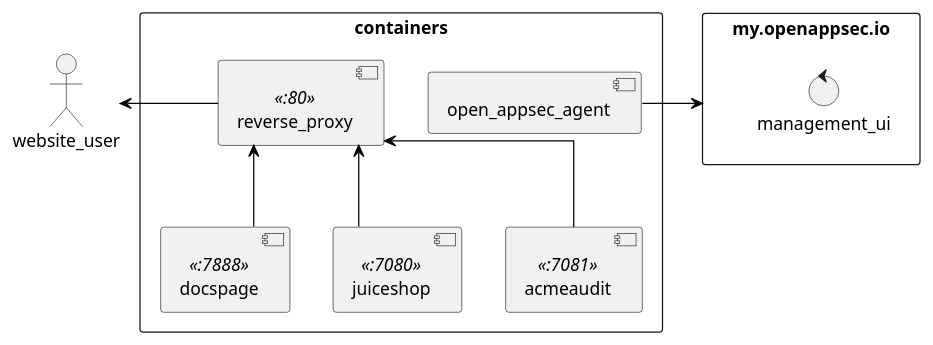
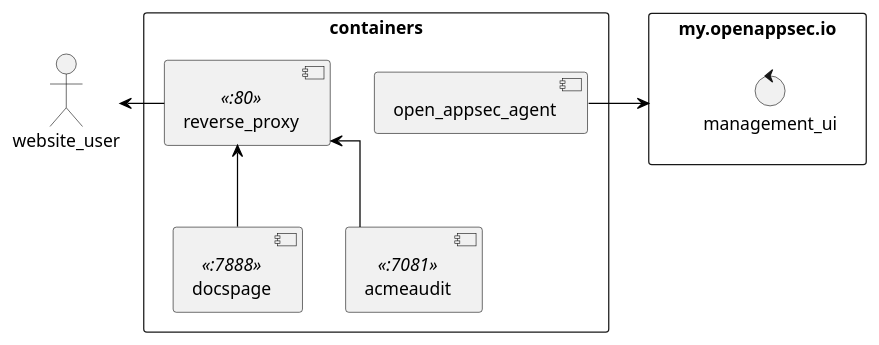
Before and after one commit to sebastian-sommerfeld-io/open-appsec-poc: the diagram in docs/modules/ROOT/assets/images/bash-docs/whitebox.puml, drawn with PlantUML. The commit also changed 6 other files, not shown here.

```diff
--- a/docs/modules/ROOT/assets/images/bash-docs/whitebox.puml
+++ b/docs/modules/ROOT/assets/images/bash-docs/whitebox.puml
@@ -1,38 +1,38 @@
 @startuml openappsec
 
 skinparam linetype ortho
 skinparam monochrome false
 skinparam componentStyle uml2
 skinparam backgroundColor #fff
 skinparam ArrowColor black
 skinparam NoteBorderColor Grey
 skinparam NoteBackgroundColor #fdfdfd
 skinparam defaultTextAlignment center
 skinparam activity {
 FontName Ubuntu
 }
 
 rectangle containers {
   component reverse_proxy <<:80>>
   component docspage <<:7888>>
-  component juiceshop <<:7080>>
+'  component juiceshop <<:7080>>
   component acmeaudit <<:7081>>
 
   component open_appsec_agent
 
   reverse_proxy -[hidden]right- open_appsec_agent
   docspage -up-> reverse_proxy
-  juiceshop -up-> reverse_proxy
+'  juiceshop -up-> reverse_proxy
   acmeaudit -up-> reverse_proxy
 }
 
 rectangle my_openappsec_io as "my.openappsec.io" {
   control management_ui
 }
 
 actor website_user
 reverse_proxy -left-> website_user
 
 open_appsec_agent -right-> my_openappsec_io
 
 @enduml
```
